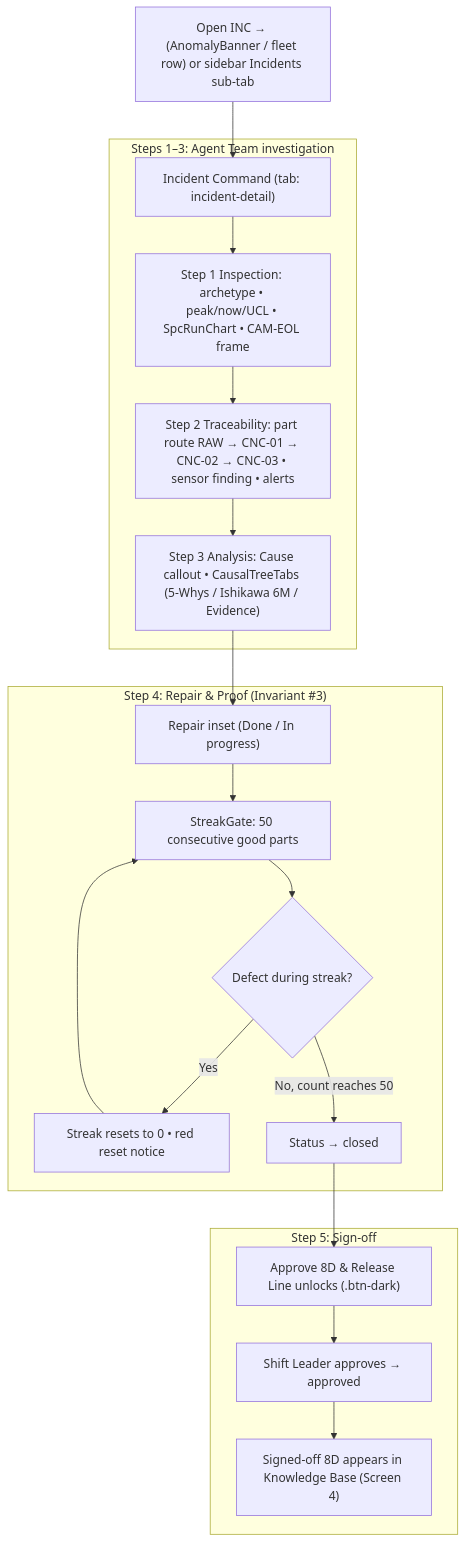
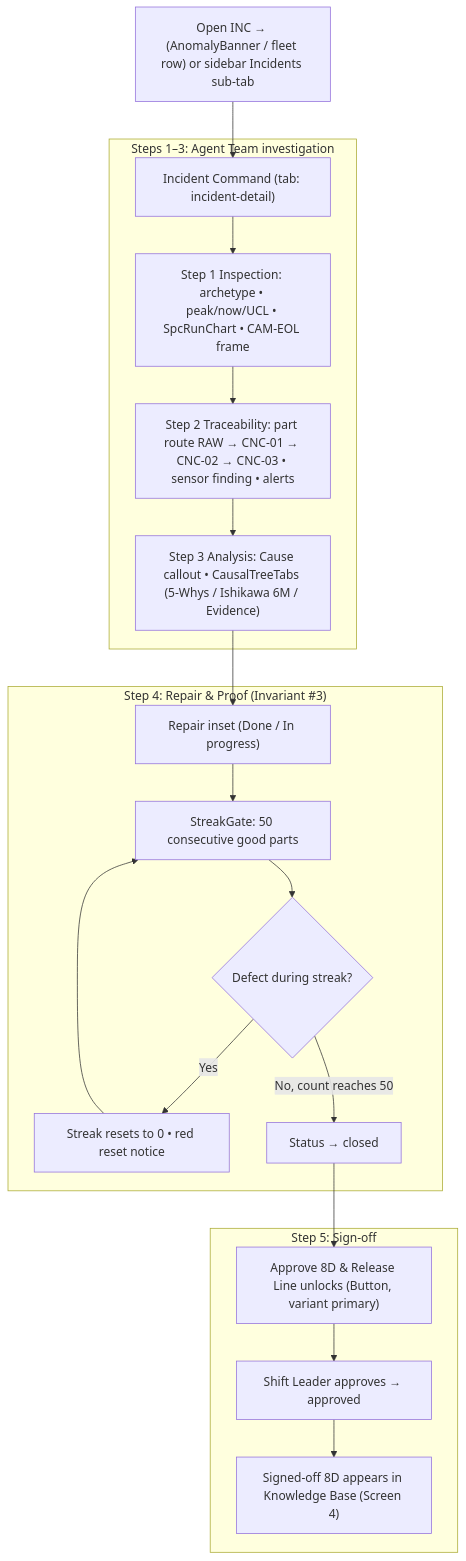
Before and after one commit to vanduc2514/hackathon-builder-cup-manufacturing-anomaly: the diagram in docs/wireframes/03_incident_workspace.md, drawn with Mermaid. The commit also changed other lines of this file and 11 other files, not shown here.

````diff
--- a/docs/wireframes/03_incident_workspace.md
+++ b/docs/wireframes/03_incident_workspace.md
@@ -15,25 +14,25 @@
 ```mermaid
 flowchart TD
     A["Open INC → (AnomalyBanner / fleet row) or sidebar Incidents sub-tab"] --> B["Incident Command (tab: incident-detail)"]
 
     subgraph Investigate ["Steps 1–3: Agent Team investigation"]
         B --> S1["Step 1 Inspection: archetype • peak/now/UCL • SpcRunChart • CAM-EOL frame"]
         S1 --> S2["Step 2 Traceability: part route RAW → CNC-01 → CNC-02 → CNC-03 • sensor finding • alerts"]
         S2 --> S3["Step 3 Analysis: Cause callout • CausalTreeTabs (5-Whys / Ishikawa 6M / Evidence)"]
     end
 
     subgraph Proof ["Step 4: Repair & Proof (Invariant #3)"]
         S3 --> S4["Repair inset (Done / In progress)"]
         S4 --> G["StreakGate: 50 consecutive good parts"]
         G --> E{"Defect during streak?"}
         E -->|"Yes"| R["Streak resets to 0 • red reset notice"]
         R --> G
         E -->|"No, count reaches 50"| C["Status → closed"]
     end
 
     subgraph Signoff ["Step 5: Sign-off"]
-        C --> U["Approve 8D & Release Line unlocks (.btn-dark)"]
+        C --> U["Approve 8D & Release Line unlocks (Button, variant primary)"]
         U --> AP["Shift Leader approves → approved"]
         AP --> K["Signed-off 8D appears in Knowledge Base (Screen 4)"]
     end
 ```
````
